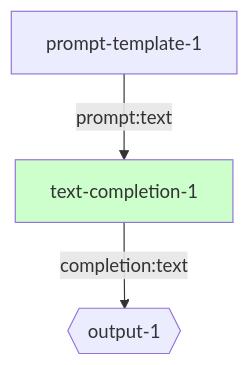
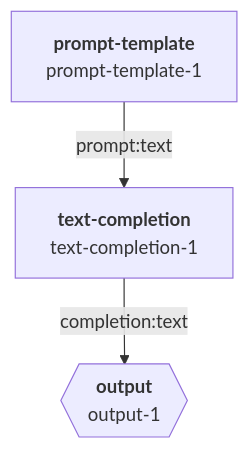
One commit to breadboard-ai/breadboard changed the diagram in seeds/graph-playground/docs/graphs/auto-simple-prompt.md. Above: the diagram before and after it, drawn with Mermaid. The commit also changed 11 other files, not shown here.

Commit message:
[graph-playground] Show node types.

````diff
--- a/seeds/graph-playground/docs/graphs/auto-simple-prompt.md
+++ b/seeds/graph-playground/docs/graphs/auto-simple-prompt.md
@@ -4,6 +4,9 @@
 ```mermaid
 graph TD;
-prompt-template-1 -- prompt:text --> text-completion-1:::green
-text-completion-1 -- completion:text --> output-1{{output-1}}
-classDef green fill:#cfc
+prompt-template-1["`**prompt-template**
+prompt-template-1`"] -- prompt:text --> text-completion-1["`**text-completion**
+text-completion-1`"]
+text-completion-1["`**text-completion**
+text-completion-1`"] -- completion:text --> output-1{{"`**output**
+output-1`"}}:::output
 ```
````
